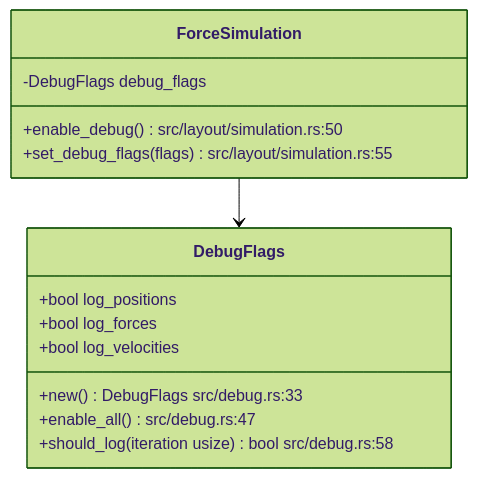
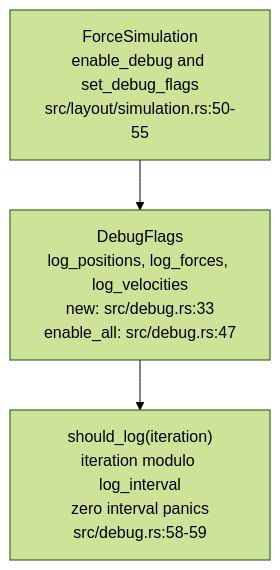
Before and after one commit to DreamLab-AI/VisionFlow: the sixth of 6 diagrams in docs/diagrams/vowl-wasm/01-crate-composition-and-wasm-boundary.md, drawn with Mermaid (forest theme). The commit also changed other lines of this file and 35 other files, not shown here.

````diff
--- a/docs/diagrams/vowl-wasm/01-crate-composition-and-wasm-boundary.md
+++ b/docs/diagrams/vowl-wasm/01-crate-composition-and-wasm-boundary.md
@@ -127,17 +107,5 @@
 ```mermaid
-classDiagram
-    class DebugFlags {
-        +bool log_positions
-        +bool log_forces
-        +bool log_velocities
-        +new() DebugFlags src/debug.rs:33
-        +enable_all() src/debug.rs:47
-        +should_log(iteration usize) bool src/debug.rs:58
-    }
-    class ForceSimulation {
-        -DebugFlags debug_flags
-        +enable_debug() src/layout/simulation.rs:50
-        +set_debug_flags(flags) src/layout/simulation.rs:55
-    }
-    ForceSimulation --> DebugFlags
+flowchart TB
+    SIM["ForceSimulation<br/>enable_debug and set_debug_flags<br/>src/layout/simulation.rs:50-55"] --> FLAGS["DebugFlags<br/>log_positions, log_forces, log_velocities<br/>new: src/debug.rs:33<br/>enable_all: src/debug.rs:47"]
+    FLAGS --> LOG["should_log(iteration)<br/>iteration modulo log_interval<br/>zero interval panics<br/>src/debug.rs:58-59"]
 ```
````
